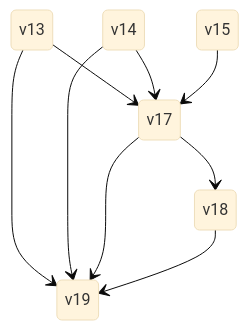
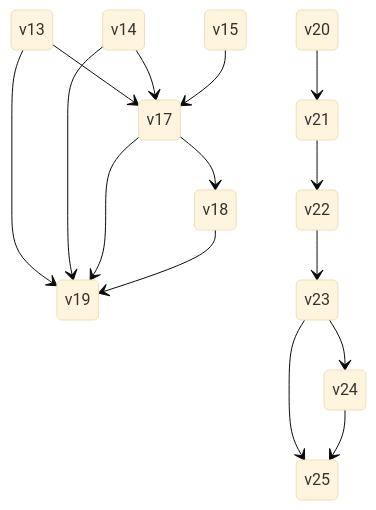
One commit to awchjimmy/twms-client-download changed the first of 2 diagrams in experimental/dependency-graph.md. Above: the diagram before and after it, drawn with Mermaid (base theme).

````diff
--- a/experimental/dependency-graph.md
+++ b/experimental/dependency-graph.md
@@ -3,11 +3,17 @@
 ```mermaid
 stateDiagram-v2
     v13 --> v17
     v14 --> v17
     v15 --> v17
     v17 --> v18
     v13 --> v19
     v14 --> v19
     v17 --> v19
     v18 --> v19
+    v20 --> v21
+    v21 --> v22
+    v22 --> v23
+    v23 --> v24
+    v23 --> v25
+    v24 --> v25
 ```
````
